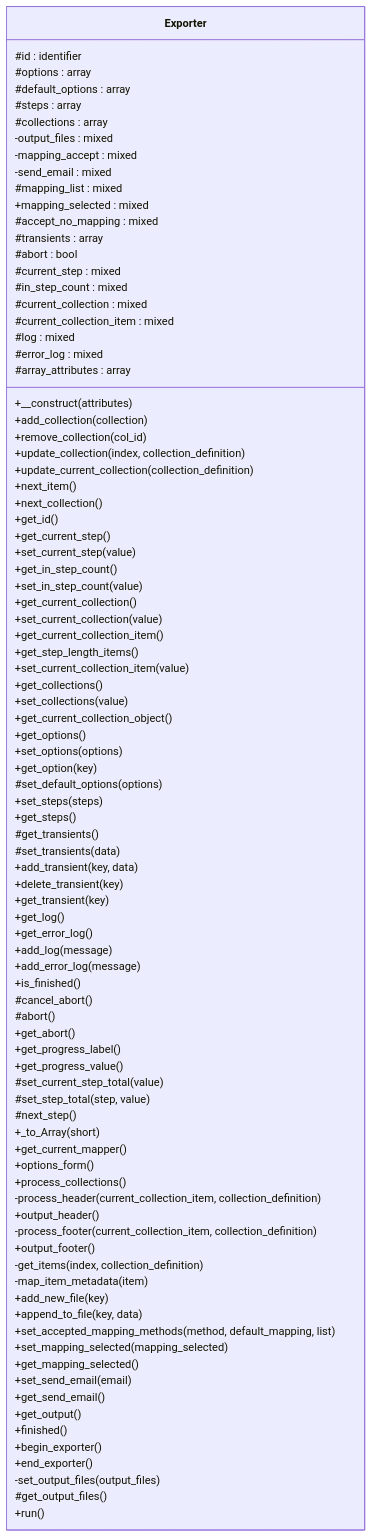
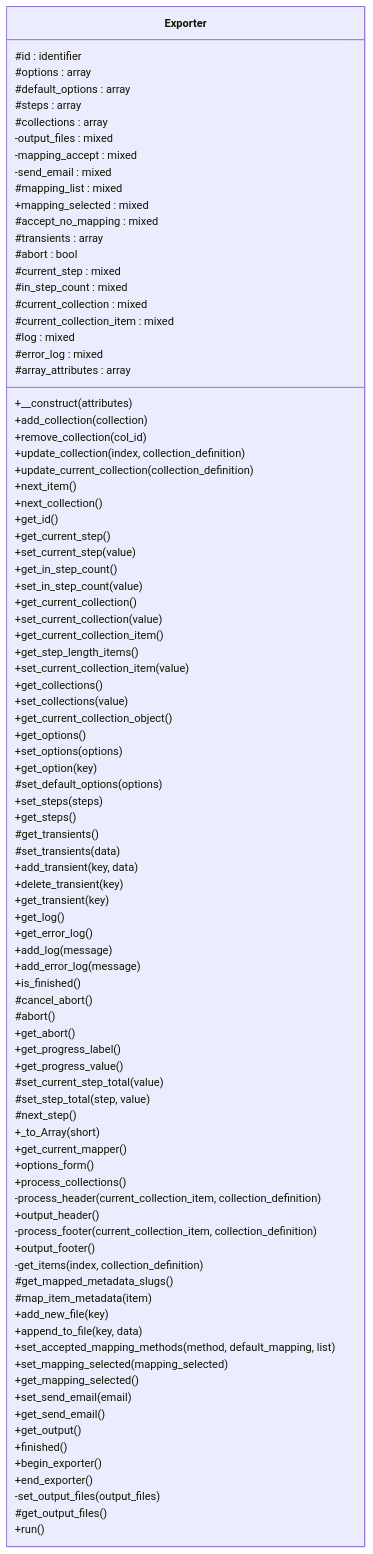
Before and after one commit to tainacan/tainacan: the diagram in docs/phpdoc/classes/Tainacan/Exporter/Exporter.md, drawn with Mermaid. The commit also changed other lines of this file and 14 other files, not shown here.

```diff
--- a/docs/phpdoc/classes/Tainacan/Exporter/Exporter.md
+++ b/docs/phpdoc/classes/Tainacan/Exporter/Exporter.md
@@ -84,7 +84,8 @@
         -process_footer(current_collection_item, collection_definition)
         +output_footer()
         -get_items(index, collection_definition)
-        -map_item_metadata(item)
+        #get_mapped_metadata_slugs()
+        #map_item_metadata(item)
         +add_new_file(key)
         +append_to_file(key, data)
         +set_accepted_mapping_methods(method, default_mapping, list)
```
